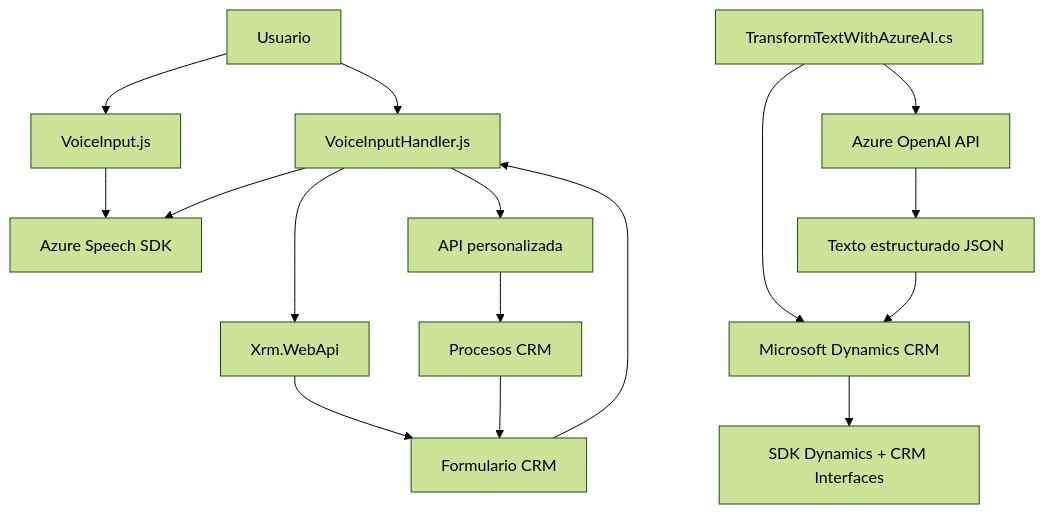
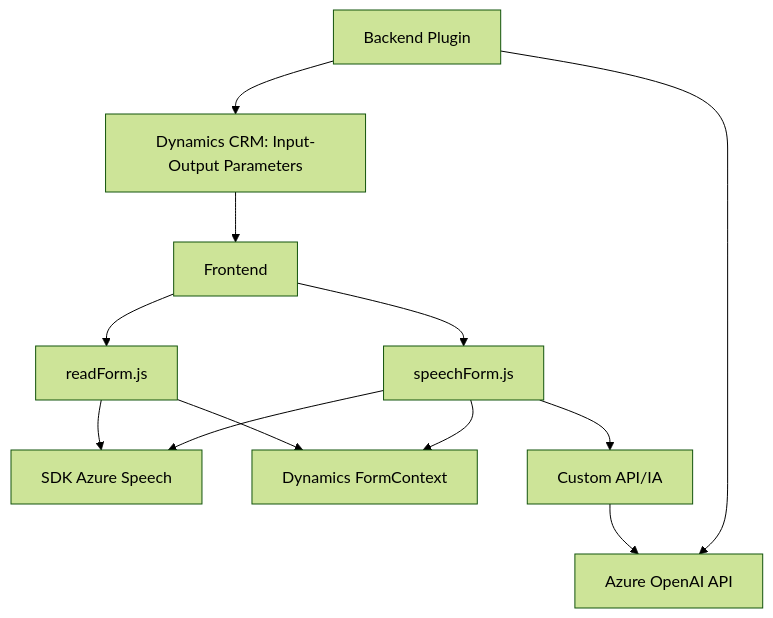
The diagram in README.md (blopezdm/NETCORE_BILBAO2025), drawn with Mermaid (forest theme) before and after one commit. The commit also changed other lines of this file, not shown here.

````diff
--- a/README.md
+++ b/README.md
@@ -33,19 +44,16 @@
 ```mermaid
 graph TD
-    A["Usuario"] --> B["VoiceInput.js"]
-    A --> C["VoiceInputHandler.js"]
-    B --> D["Azure Speech SDK"]
-    C --> D
-    C --> E["Xrm.WebApi"]
-    C --> F["API personalizada"]
-    E --> G["Formulario CRM"]
-    F --> H["Procesos CRM"]
-    H --> G
-    G --> C
-    I["TransformTextWithAzureAI.cs"] --> AzureOpenAI["Azure OpenAI API"]
-    I --> CRM["Microsoft Dynamics CRM"]
-    AzureOpenAI --> J["Texto estructurado JSON"]
-    CRM --> K["SDK Dynamics + CRM Interfaces"]
-    J --> CRM
-    
+A["Frontend"] --> B["readForm.js"]
+A --> C["speechForm.js"]
+B --> D["SDK Azure Speech"]
+C --> D
+B --> E["Dynamics FormContext"]
+C --> E
+C --> F["Custom API/IA"]
+F --> G["Azure OpenAI API"]
+
+H["Backend Plugin"]
+H --> G
+H --> I["Dynamics CRM: Input-Output Parameters"]
+I --> A
 ```
````
